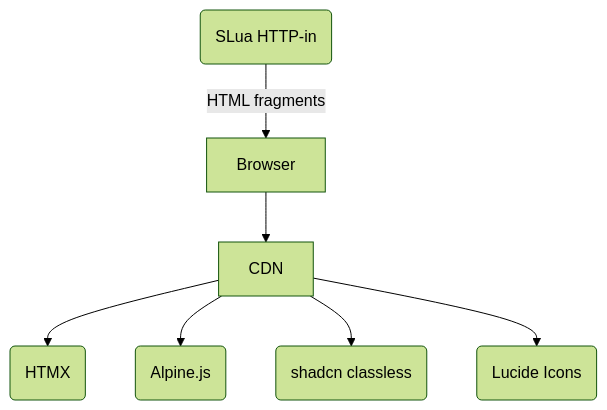
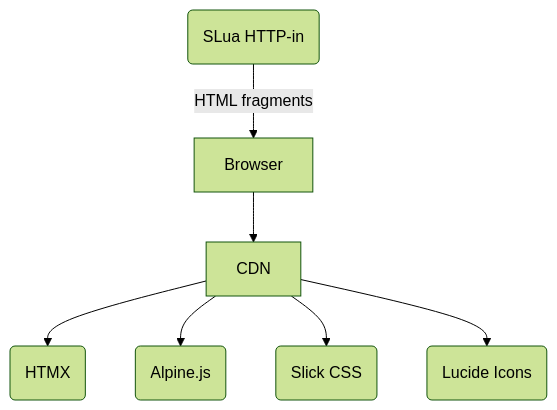
The fourth of 4 diagrams in docs/architecture.md (gwigz/slua-derez-patcher), drawn with Mermaid (forest theme) before and after one commit. The commit also changed other lines of this file and 2 other files, not shown here.

Commit message:
feat: migrate UI to slick-css

````diff
--- a/docs/architecture.md
+++ b/docs/architecture.md
@@ -222,9 +222,9 @@
 ```mermaid
 graph TD
     SLua(SLua HTTP-in) -->|HTML fragments| Browser
     Browser --> CDN
     CDN --> HTMX(HTMX)
     CDN --> Alpine(Alpine.js)
-    CDN --> shadcn(shadcn classless)
+    CDN --> SlickCSS(Slick CSS)
     CDN --> Lucide(Lucide Icons)
 ```
````
